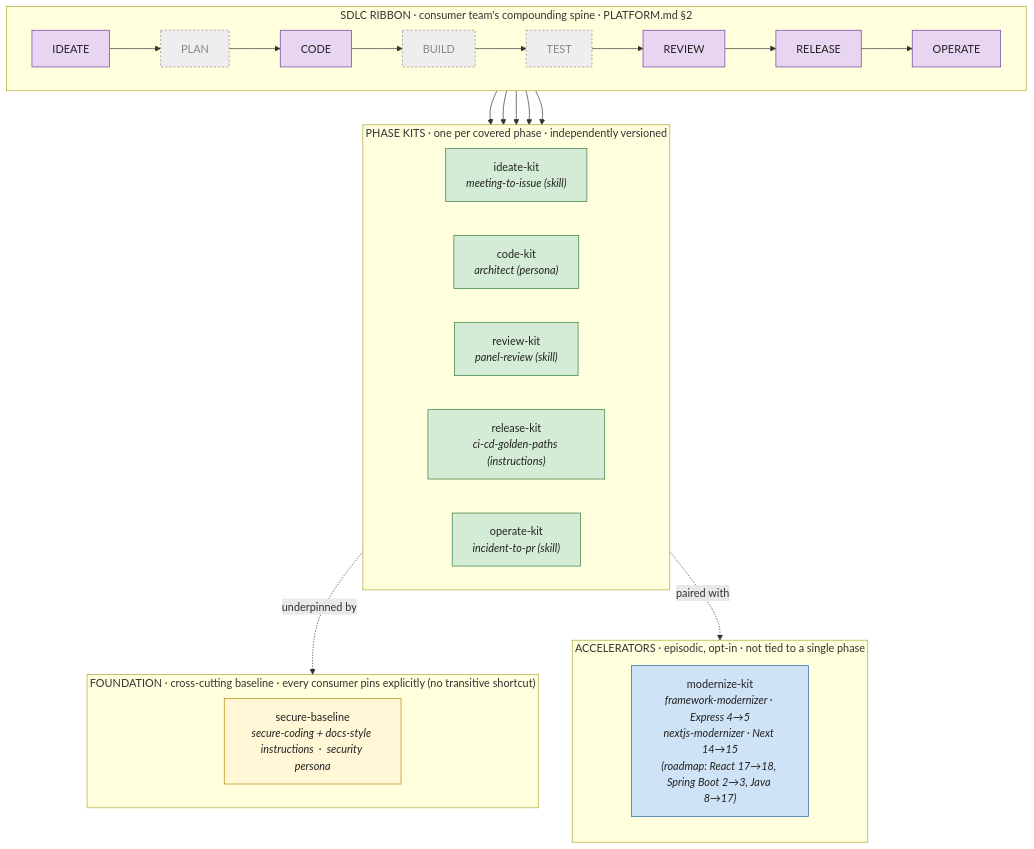
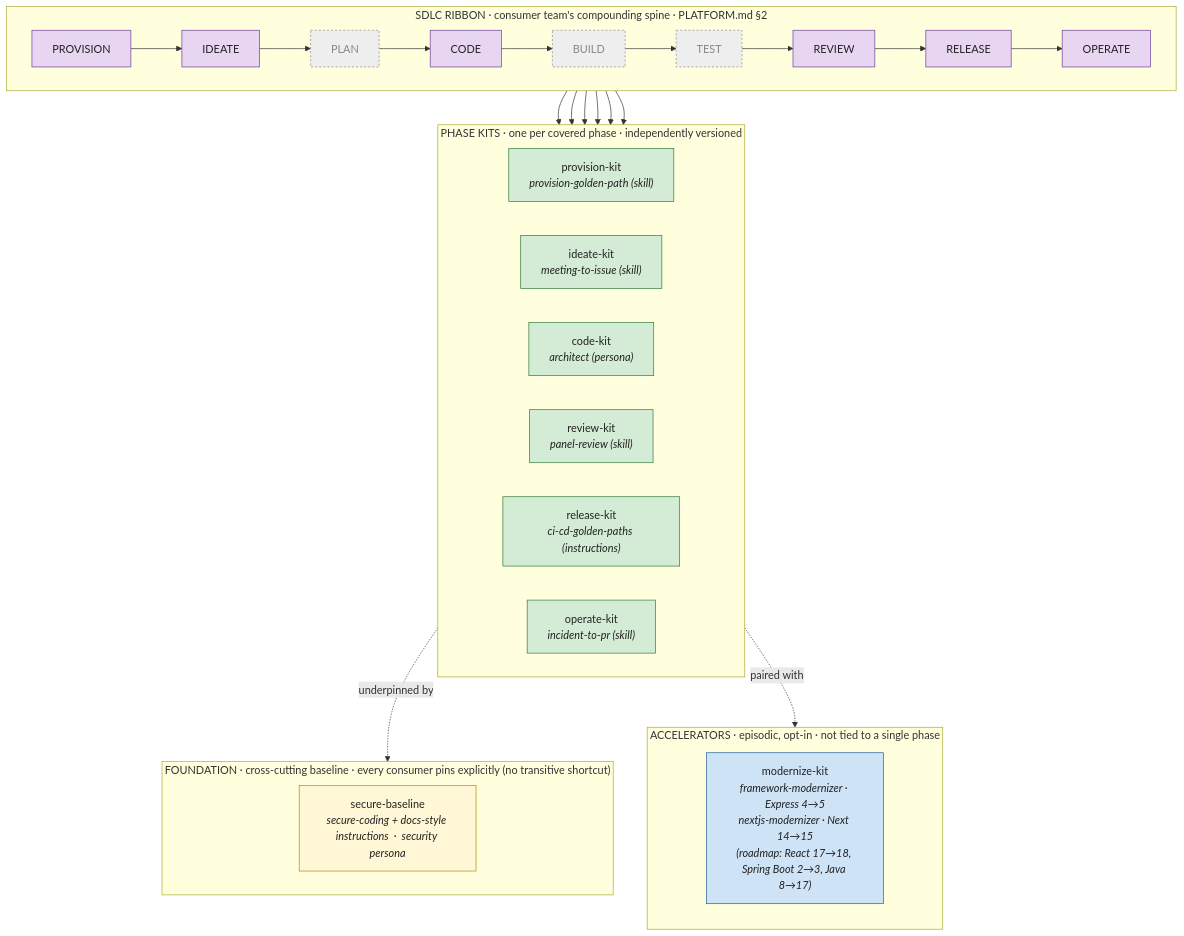
Before and after one commit to DevExpGbb/zava-agent-config: the diagram in README.md, drawn with Mermaid. The commit also changed other lines of this file and 11 other files, not shown here.

First line of the commit message:
feat(provision-kit): Day-0 provisioning phase kit + provision-golden-path skill (#24)

````diff
--- a/README.md
+++ b/README.md
@@ -11,47 +11,49 @@
 ```mermaid
 flowchart TB
     subgraph RIBBON["SDLC RIBBON  ·  consumer team's compounding spine  ·  PLATFORM.md §2"]
         direction LR
-        P1[IDEATE] --> P2[PLAN] --> P3[CODE] --> P4[BUILD] --> P5[TEST] --> P6[REVIEW] --> P7[RELEASE] --> P8[OPERATE]
+        P0[PROVISION] --> P1[IDEATE] --> P2[PLAN] --> P3[CODE] --> P4[BUILD] --> P5[TEST] --> P6[REVIEW] --> P7[RELEASE] --> P8[OPERATE]
     end
 
     subgraph KITS["PHASE KITS  ·  one per covered phase  ·  independently versioned"]
         direction LR
+        K0["provision-kit<br/><i>provision-golden-path (skill)</i>"]
         K1["ideate-kit<br/><i>meeting-to-issue (skill)</i>"]
         K3["code-kit<br/><i>architect (persona)</i>"]
         K6["review-kit<br/><i>panel-review (skill)</i>"]
         K7["release-kit<br/><i>ci-cd-golden-paths (instructions)</i>"]
         K8["operate-kit<br/><i>incident-to-pr (skill)</i>"]
     end
 
     subgraph FOUND["FOUNDATION  ·  cross-cutting baseline  ·  every consumer pins explicitly (no transitive shortcut)"]
         direction LR
         BASE["secure-baseline<br/><i>secure-coding + docs-style instructions  ·  security persona</i>"]
     end
 
     subgraph ACCEL["ACCELERATORS  ·  episodic, opt-in  ·  not tied to a single phase"]
         direction TB
         ACC1["modernize-kit<br/><i>framework-modernizer · Express 4→5</i><br/><i>nextjs-modernizer · Next 14→15</i><br/><i>(roadmap: React 17→18, Spring Boot 2→3, Java 8→17)</i>"]
     end
 
+    P0 --> K0
     P1 --> K1
     P3 --> K3
     P6 --> K6
     P7 --> K7
     P8 --> K8
 
     KITS -. underpinned by .-> FOUND
     KITS -. paired with .-> ACCEL
 
     classDef phase fill:#e8d5f2,stroke:#6a3d9a,color:#222
     classDef gap fill:#eee,stroke:#888,color:#888,stroke-dasharray:3 3
     classDef kit fill:#d4ecd5,stroke:#2d7a3a,color:#222
     classDef baseline fill:#fff7d6,stroke:#b58900,color:#222
     classDef accelerator fill:#cfe3f7,stroke:#1f5f9e,color:#222
 
-    class P1,P3,P6,P7,P8 phase
+    class P0,P1,P3,P6,P7,P8 phase
     class P2,P4,P5 gap
-    class K1,K3,K6,K7,K8 kit
+    class K0,K1,K3,K6,K7,K8 kit
     class BASE baseline
     class ACC1 accelerator
 ```
````
